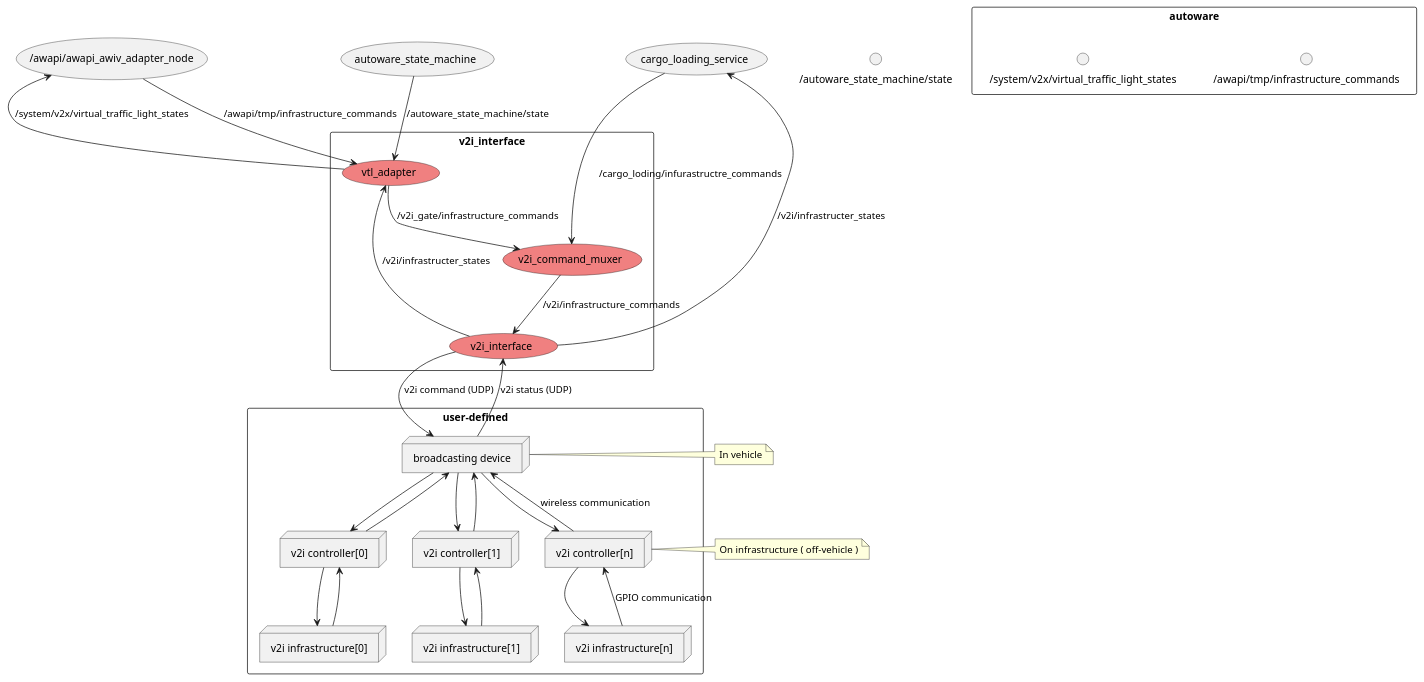
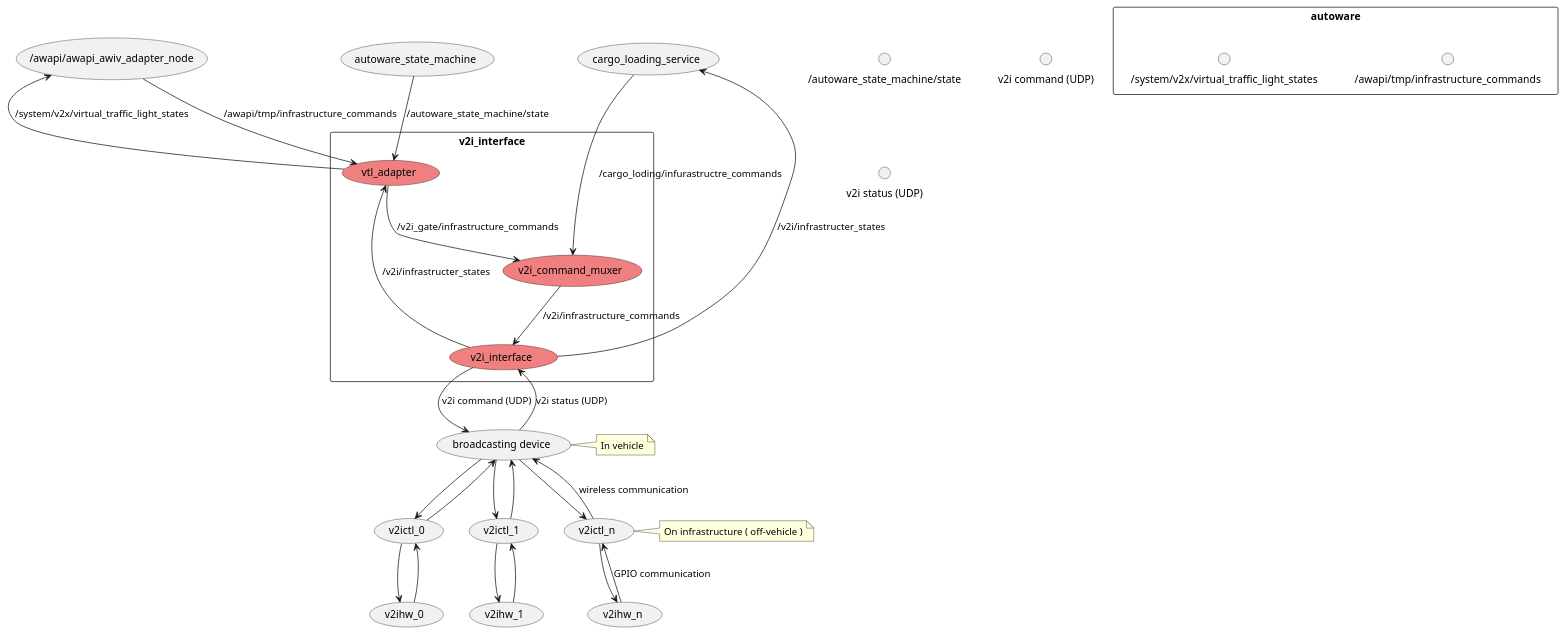
Before and after one commit to sfukuta/v2i_interface: the diagram in docs/node_graph_internal_spec.pu, drawn with PlantUML.

```diff
--- a/docs/node_graph_internal_spec.pu
+++ b/docs/node_graph_internal_spec.pu
@@ -1,54 +1,47 @@
 @startuml
 
 rectangle autoware {
   interface "/awapi/tmp/infrastructure_commands"
   interface "/system/v2x/virtual_traffic_light_states"
 }
 interface "/autoware_state_machine/state"
 rectangle "v2i_interface" as v2i {
   usecase "v2i_interface" #LightCoral
   usecase "v2i_command_muxer" #LightCoral
   usecase "vtl_adapter" #LightCoral
 } 
-rectangle user-defined {
-  node "broadcasting device"
-  node "v2i controller[0]" as v2ictl_0
-  node "v2i controller[1]" as v2ictl_1
-  node "v2i controller[n]" as v2ictl_n
-  node "v2i infrastructure[0]" as v2ihw_0
-  node "v2i infrastructure[1]" as v2ihw_1
-  node "v2i infrastructure[n]" as v2ihw_n
-}
+interface "v2i command (UDP)" as v2i_command_udp
+interface "v2i status (UDP)" as v2i_status_udp
 usecase "cargo_loading_service"
 
 (/awapi/awapi_awiv_adapter_node) --> (vtl_adapter) : /awapi/tmp/infrastructure_commands
 (/awapi/awapi_awiv_adapter_node) <-- (vtl_adapter) : /system/v2x/virtual_traffic_light_states
 (autoware_state_machine) --> (vtl_adapter) : /autoware_state_machine/state
 (cargo_loading_service) ---> (v2i_command_muxer) : /cargo_loding/infurastructre_commands
 (vtl_adapter) --> (v2i_command_muxer) : /v2i_gate/infrastructure_commands
 (v2i_command_muxer) --> (v2i_interface) : /v2i/infrastructure_commands
 (vtl_adapter) <-- (v2i_interface) :/v2i/infrastructer_states
 (cargo_loading_service) <-- (v2i_interface) :/v2i/infrastructer_states
 (v2i_interface) --> (broadcasting device) : v2i command (UDP)
 (v2i_interface) <-- (broadcasting device) : v2i status (UDP)
 (broadcasting device) --> (v2ictl_0)
 (broadcasting device) <-- (v2ictl_0)
 (broadcasting device) --> (v2ictl_1)
 (broadcasting device) <-- (v2ictl_1)
 (broadcasting device) --> (v2ictl_n)
 (broadcasting device) <-- (v2ictl_n) : wireless communication
 
 (v2ictl_0) -[hidden] (v2ictl_1)
 (v2ictl_1) -[hidden] (v2ictl_n)
 
 (v2ictl_0) --> (v2ihw_0)
 (v2ictl_0) <-- (v2ihw_0)
 (v2ictl_1) --> (v2ihw_1)
 (v2ictl_1) <-- (v2ihw_1)
 (v2ictl_n) --> (v2ihw_n)
 (v2ictl_n) <-- (v2ihw_n) : GPIO communication
 
 note right of "broadcasting device" : In vehicle
 note right of v2ictl_n : On infrastructure ( off-vehicle )
 
 @enduml
```
